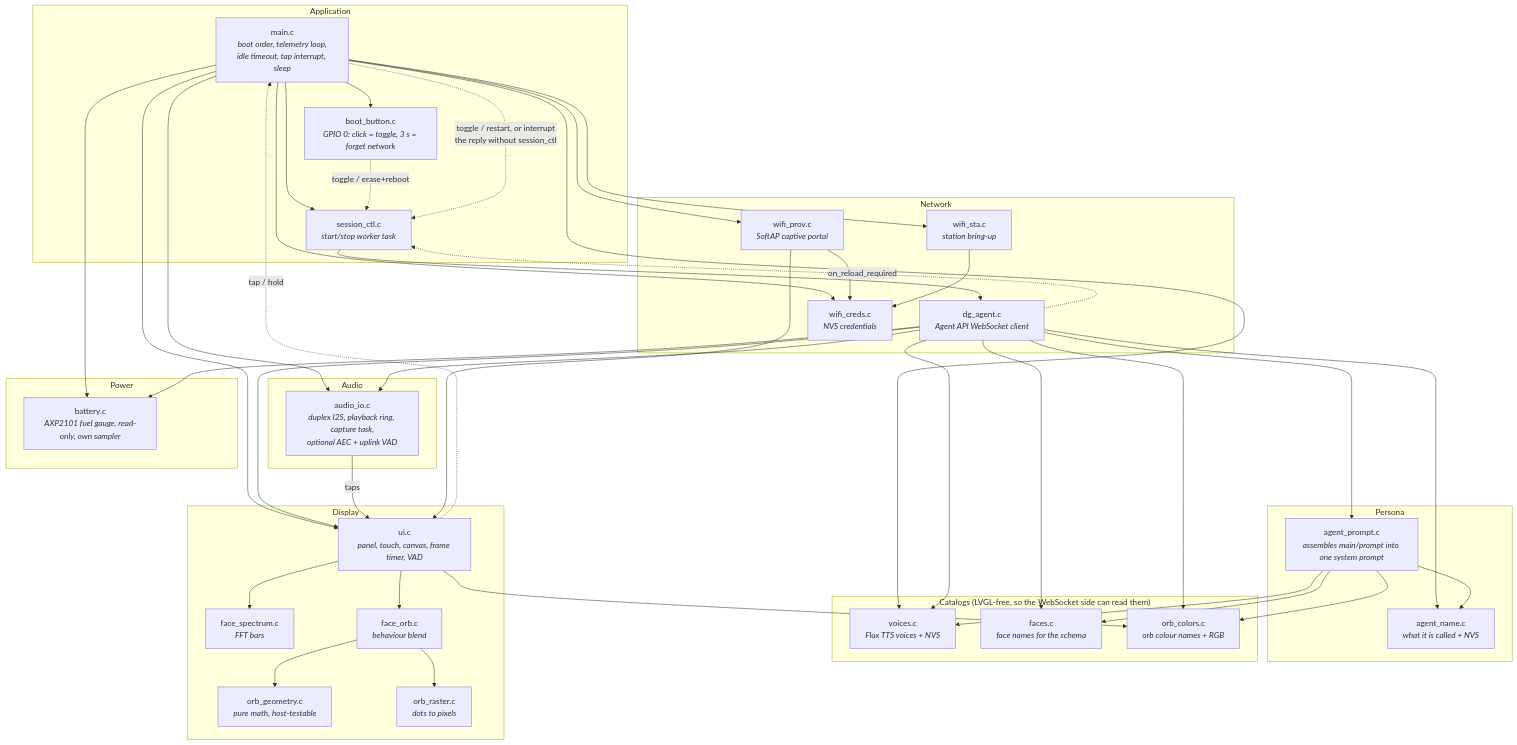
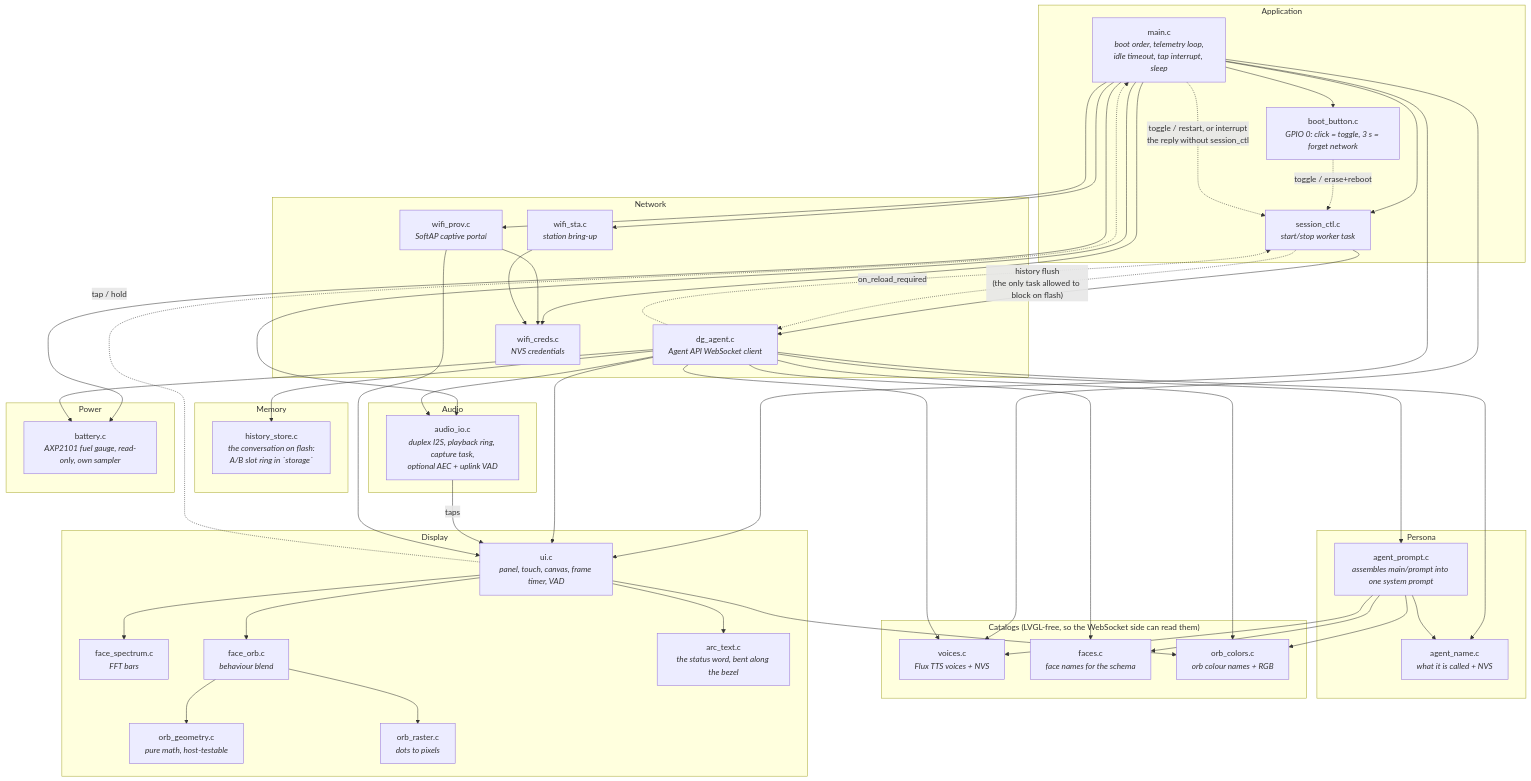
One commit to dg-edcharbeneau/esp32-deepgram-voice-agent changed the first of 9 diagrams in docs/architecture.md. Above: the diagram before and after it, drawn with Mermaid. The commit also changed other lines of this file and 2 other files, not shown here.

````diff
--- a/docs/architecture.md
+++ b/docs/architecture.md
@@ -20,57 +20,63 @@
 ```mermaid
 flowchart TB
     subgraph app["Application"]
         main["main.c<br/><i>boot order, telemetry loop,<br/>idle timeout, tap interrupt, sleep</i>"]
         session["session_ctl.c<br/><i>start/stop worker task</i>"]
         boot["boot_button.c<br/><i>GPIO 0: click = toggle, 3 s = forget network</i>"]
     end
 
     subgraph net["Network"]
         agent["dg_agent.c<br/><i>Agent API WebSocket client</i>"]
         sta["wifi_sta.c<br/><i>station bring-up</i>"]
         creds["wifi_creds.c<br/><i>NVS credentials</i>"]
         prov["wifi_prov.c<br/><i>SoftAP captive portal</i>"]
     end
 
     subgraph persona["Persona"]
         prompt["agent_prompt.c<br/><i>assembles main/prompt into one system prompt</i>"]
         aname["agent_name.c<br/><i>what it is called + NVS</i>"]
+    end
+
+    subgraph mem["Memory"]
+        hstore["history_store.c<br/><i>the conversation on flash:<br/>A/B slot ring in `storage`</i>"]
     end
 
     subgraph cat["Catalogs (LVGL-free, so the WebSocket side can read them)"]
         voices["voices.c<br/><i>Flux TTS voices + NVS</i>"]
         faces["faces.c<br/><i>face names for the schema</i>"]
         colors["orb_colors.c<br/><i>orb colour names + RGB</i>"]
     end
 
     subgraph audio["Audio"]
         aio["audio_io.c<br/><i>duplex I2S, playback ring, capture task,<br/>optional AEC + uplink VAD</i>"]
     end
 
     subgraph power["Power"]
         bat["battery.c<br/><i>AXP2101 fuel gauge, read-only, own sampler</i>"]
     end
 
     subgraph disp["Display"]
         ui["ui.c<br/><i>panel, touch, canvas, frame timer, VAD</i>"]
         spectrum["face_spectrum.c<br/><i>FFT bars</i>"]
         orbface["face_orb.c<br/><i>behaviour blend</i>"]
         geo["orb_geometry.c<br/><i>pure math, host-testable</i>"]
         raster["orb_raster.c<br/><i>dots to pixels</i>"]
+        arc["arc_text.c<br/><i>the status word, bent along the bezel</i>"]
     end
 
     main --> session & aio & ui & boot & sta & creds & prov & voices & bat
     session --> agent
-    agent --> voices & faces & colors & ui & aio & prompt & aname & bat
+    agent --> voices & faces & colors & ui & aio & prompt & aname & bat & hstore
     prompt --> voices & faces & colors & aname
     agent -. "on_reload_required" .-> session
     boot -. "toggle / erase+reboot" .-> session
     main -. "toggle / restart, or interrupt<br/>the reply without session_ctl" .-> session
     ui -. "tap / hold" .-> main
     aio -- "taps" --> ui
     ui --> spectrum & orbface
-    ui --> colors
+    ui --> colors & arc
+    session -. "history flush<br/>(the only task allowed to block on flash)" .-> agent
     orbface --> geo & raster
     prov --> creds & ui
     sta --> creds
 ```
````
